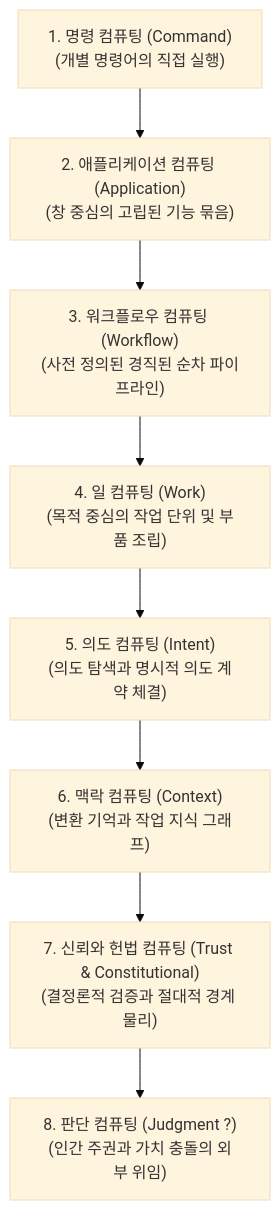
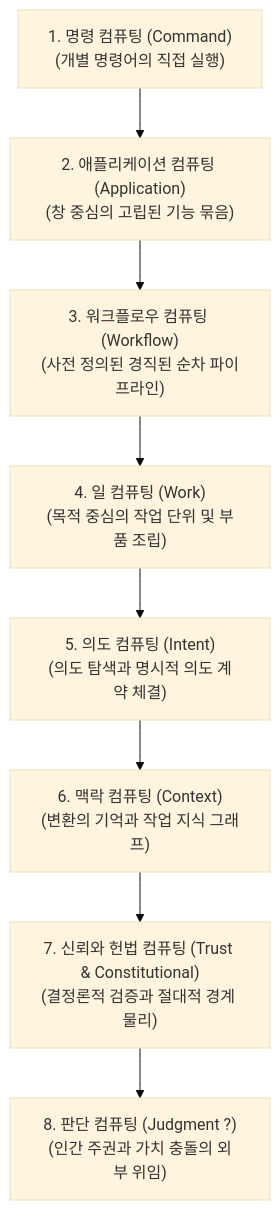
Before and after one commit to kocean-dev/judgment-computing: the first of 3 diagrams in ARCHITECTURE.Ko.md, drawn with Mermaid (base theme). The commit also changed other lines of this file and 1 other file, not shown here.

Commit message:
docs(architecture): define core boundary invariants and design guarantees

````diff
--- a/ARCHITECTURE.Ko.md
+++ b/ARCHITECTURE.Ko.md
@@ -16,10 +16,10 @@
 ```mermaid
 graph TD
     A["1. 명령 컴퓨팅 (Command)<br>(개별 명령어의 직접 실행)"] --> B["2. 애플리케이션 컴퓨팅 (Application)<br>(창 중심의 고립된 기능 묶음)"]
     B --> C["3. 워크플로우 컴퓨팅 (Workflow)<br>(사전 정의된 경직된 순차 파이프라인)"]
     C --> D["4. 일 컴퓨팅 (Work)<br>(목적 중심의 작업 단위 및 부품 조립)"]
     D --> E["5. 의도 컴퓨팅 (Intent)<br>(의도 탐색과 명시적 의도 계약 체결)"]
-    E --> F["6. 맥락 컴퓨팅 (Context)<br>(변환 기억과 작업 지식 그래프)"]
+    E --> F["6. 맥락 컴퓨팅 (Context)<br>(변환의 기억과 작업 지식 그래프)"]
     F --> G["7. 신뢰와 헌법 컴퓨팅 (Trust & Constitutional)<br>(결정론적 검증과 절대적 경계 물리)"]
     G --> H["8. 판단 컴퓨팅 (Judgment ?)<br>(인간 주권과 가치 충돌의 외부 위임)"]
 ```
````
